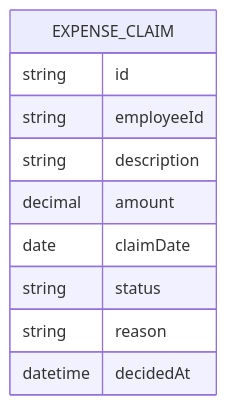
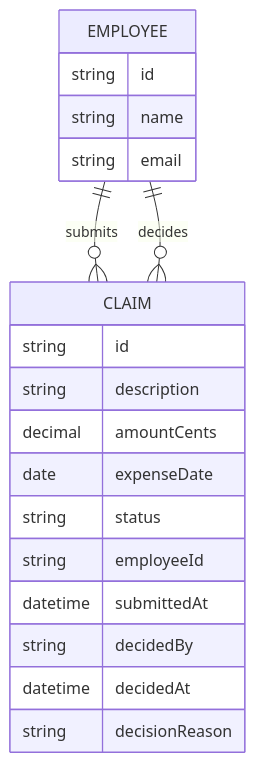
One commit to KCSAbeywickrama/labs-agentic-engineer changed the diagram in evals/spec-agents/scenarios/fixtures/expense-tracker-design/specs/design/domain-model.md. Above: the diagram before and after it, drawn with Mermaid. The commit also changed other lines of this file and 64 other files, not shown here.

````diff
--- a/evals/spec-agents/scenarios/fixtures/expense-tracker-design/specs/design/domain-model.md
+++ b/evals/spec-agents/scenarios/fixtures/expense-tracker-design/specs/design/domain-model.md
@@ -6,13 +6,23 @@
 ```mermaid
 erDiagram
-    EXPENSE_CLAIM {
+    EMPLOYEE ||--o{ CLAIM : submits
+    EMPLOYEE ||--o{ CLAIM : decides
+
+    EMPLOYEE {
         string id
+        string name
+        string email
+    }
+    CLAIM {
+        string id
+        string description
+        decimal amountCents
+        date expenseDate
+        string status
         string employeeId
-        string description
-        decimal amount
-        date claimDate
-        string status
-        string reason
+        datetime submittedAt
+        string decidedBy
         datetime decidedAt
+        string decisionReason
     }
 ```
````
